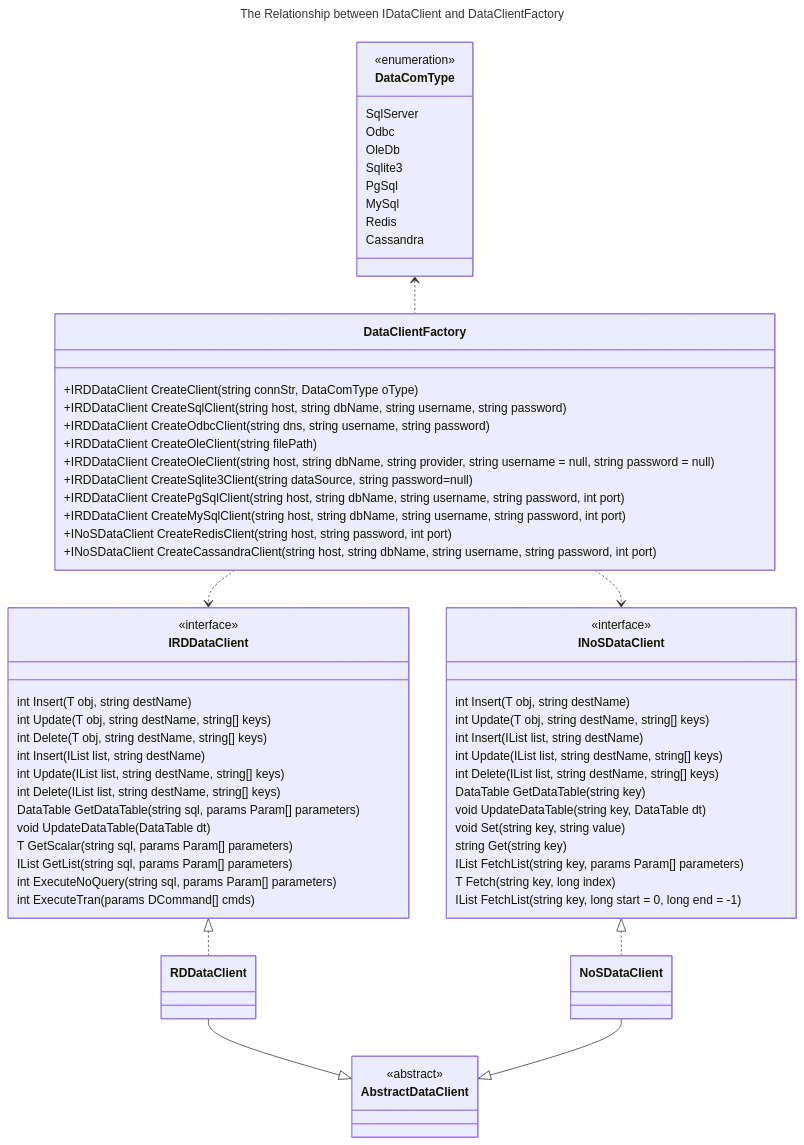
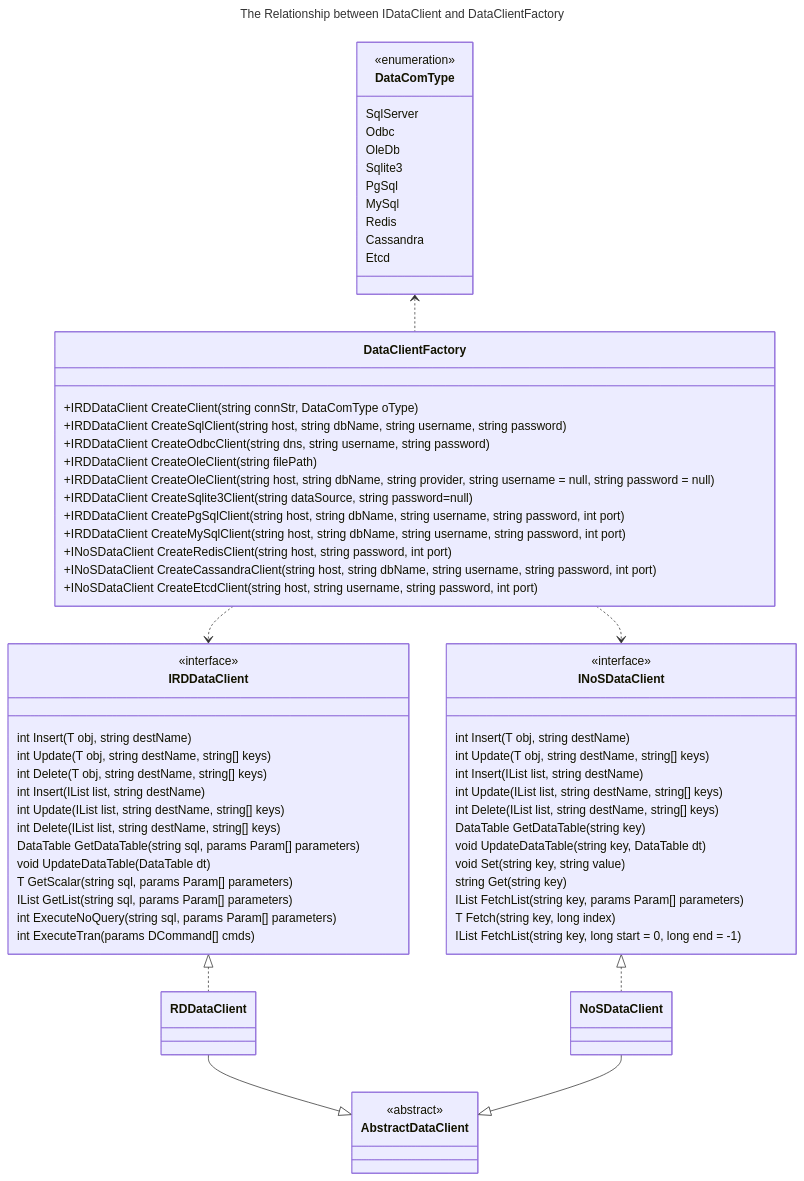
The third of 3 diagrams in README.md (sitwjn/DataCom), drawn with Mermaid before and after one commit.

````diff
--- a/README.md
+++ b/README.md
@@ -142,70 +142,72 @@
 ``` mermaid
 ---
 title: The Relationship between IDataClient and DataClientFactory
 ---
 classDiagram
 	class AbstractDataClient
 	<<abstract>> AbstractDataClient
 	class RDDataClient
 	class NoSDataClient
 	class IRDDataClient {
 		int Insert<T>(T obj, string destName)
         int Update<T>(T obj, string destName, string[] keys)
         int Delete<T>(T obj, string destName, string[] keys)
         int Insert<T>(IList<T> list, string destName)
         int Update<T>(IList<T> list, string destName, string[] keys)
         int Delete<T>(IList<T> list, string destName, string[] keys)
         DataTable GetDataTable(string sql, params Param[] parameters)
         void UpdateDataTable(DataTable dt)
         T GetScalar<T>(string sql, params Param[] parameters)
         IList<T> GetList<T>(string sql, params Param[] parameters)
         int ExecuteNoQuery(string sql, params Param[] parameters)
         int ExecuteTran(params DCommand[] cmds)
 	}
 	<<interface>> IRDDataClient
 	class INoSDataClient {
 		int Insert<T>(T obj, string destName)
         int Update<T>(T obj, string destName, string[] keys)
         int Insert<T>(IList<T> list, string destName)
         int Update<T>(IList<T> list, string destName, string[] keys)
         int Delete<T>(IList<T> list, string destName, string[] keys)
         DataTable GetDataTable(string key)
         void UpdateDataTable(string key, DataTable dt)
         void Set(string key, string value)
         string Get(string key)
         IList<T> FetchList<T>(string key, params Param[] parameters)
         T Fetch<T>(string key, long index)
         IList<T> FetchList<T>(string key, long start = 0, long end = -1)
 	}
 	<<interface>> INoSDataClient
 	class DataClientFactory {
 		+IRDDataClient CreateClient(string connStr, DataComType oType)
         +IRDDataClient CreateSqlClient(string host, string dbName, string username, string password)
         +IRDDataClient CreateOdbcClient(string dns, string username, string password)
         +IRDDataClient CreateOleClient(string filePath)
         +IRDDataClient CreateOleClient(string host, string dbName, string provider, string username = null, string password = null)
         +IRDDataClient CreateSqlite3Client(string dataSource, string password=null)
         +IRDDataClient CreatePgSqlClient(string host, string dbName, string username, string password, int port)
         +IRDDataClient CreateMySqlClient(string host, string dbName, string username, string password, int port)
         +INoSDataClient CreateRedisClient(string host, string password, int port)
         +INoSDataClient CreateCassandraClient(string host, string dbName, string username, string password, int port)
+		+INoSDataClient CreateEtcdClient(string host, string username, string password, int port)
 	}
 	class DataComType { 
 		SqlServer
 		Odbc
 		OleDb
 		Sqlite3
 		PgSql
 		MySql
 		Redis
 		Cassandra
+		Etcd
 	}
 	<<enumeration>> DataComType
 	IRDDataClient <|.. RDDataClient
 	INoSDataClient <|.. NoSDataClient
 	RDDataClient --|> AbstractDataClient
 	NoSDataClient --|> AbstractDataClient
 	DataClientFactory ..> IRDDataClient
 	DataComType <.. DataClientFactory 
 	DataClientFactory ..> INoSDataClient
 ```
````
